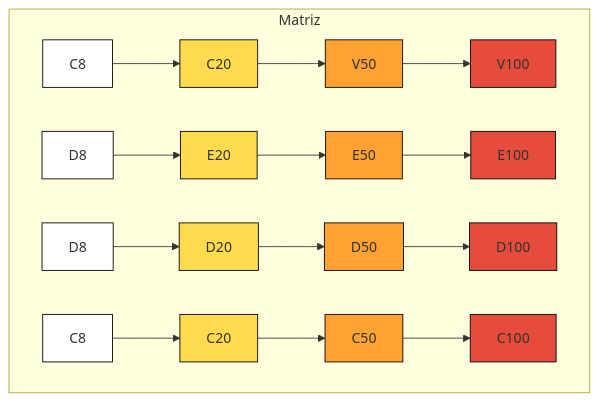
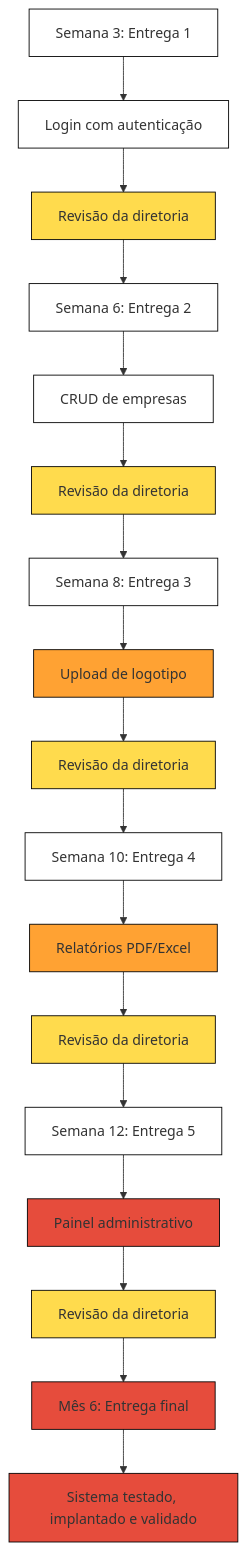
The diagram in README2.md (LucasBParada/modelos-gantt-crystal), drawn with Mermaid before and after one commit.

````diff
--- a/README2.md
+++ b/README2.md
@@ -1,14 +1,41 @@
 ```mermaid
 graph TD
-  subgraph Matriz
-    A1["C8"]:::branco --> A2["C20"]:::amarelo --> A3["V50"]:::laranja --> A4["V100"]:::vermelho
-    B1["D8"]:::branco --> B2["E20"]:::amarelo --> B3["E50"]:::laranja --> B4["E100"]:::vermelho
-    C1["D8"]:::branco --> C2["D20"]:::amarelo --> C3["D50"]:::laranja --> C4["D100"]:::vermelho
-    D1["C8"]:::branco --> D2["C20"]:::amarelo --> D3["C50"]:::laranja --> D4["C100"]:::vermelho
-  end
+  %% Entregas parciais Crystal Clear
 
+  %% Entrega 1
+  E1["Semana 3: Entrega 1"]:::branco --> F1["Login com autenticação"]:::branco
+  F1 --> R1["Revisão da diretoria"]:::amarelo
+
+  %% Entrega 2
+  E2["Semana 6: Entrega 2"]:::branco --> F2["CRUD de empresas"]:::branco
+  F2 --> R2["Revisão da diretoria"]:::amarelo
+
+  %% Entrega 3
+  E3["Semana 8: Entrega 3"]:::branco --> F3["Upload de logotipo"]:::laranja
+  F3 --> R3["Revisão da diretoria"]:::amarelo
+
+  %% Entrega 4
+  E4["Semana 10: Entrega 4"]:::branco --> F4["Relatórios PDF/Excel"]:::laranja
+  F4 --> R4["Revisão da diretoria"]:::amarelo
+
+  %% Entrega 5
+  E5["Semana 12: Entrega 5"]:::branco --> F5["Painel administrativo"]:::vermelho
+  F5 --> R5["Revisão da diretoria"]:::amarelo
+
+  %% Entrega final
+  EF["Mês 6: Entrega final"]:::vermelho --> FF["Sistema testado, implantado e validado"]:::vermelho
+
+  %% Sequência linear de entregas
+  R1 --> E2
+  R2 --> E3
+  R3 --> E4
+  R4 --> E5
+  R5 --> EF
+
+  %% Definição de cores
   classDef branco fill:#fff, stroke:#000, stroke-width:1px;
   classDef amarelo fill:#FFDB4D, stroke:#000, stroke-width:1px;
   classDef laranja fill:#FFA233, stroke:#000, stroke-width:1px;
   classDef vermelho fill:#E64C3C, stroke:#000, stroke-width:1px;
+
 ```
````
